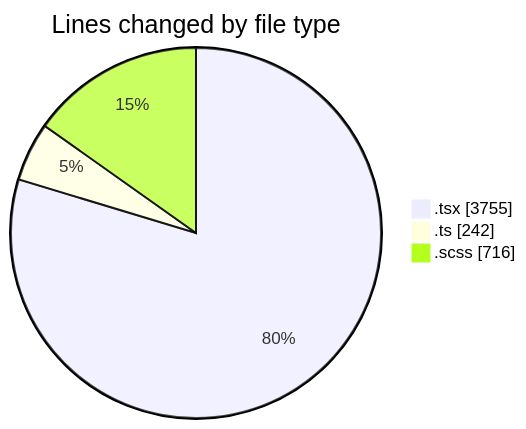
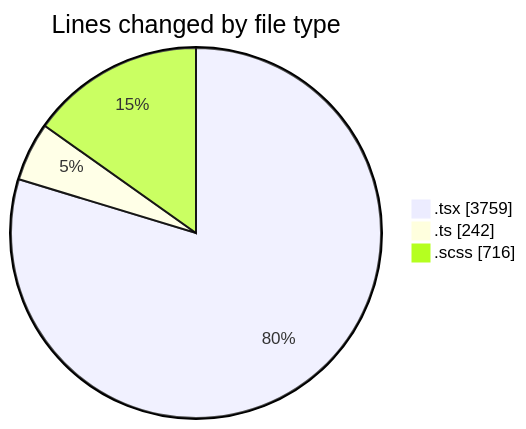
The first of 2 diagrams in 2025-09-15/cda/README.md (momahboobian/code-tracking), drawn with Mermaid before and after one commit. The commit also changed other lines of this file and 1 other file, not shown here.

````diff
--- a/2025-09-15/cda/README.md
+++ b/2025-09-15/cda/README.md
@@ -26,7 +26,7 @@
 ```mermaid
 pie showData
 title Lines changed by file type
-".tsx" : 3755
+".tsx" : 3759
 ".ts" : 242
 ".scss" : 716
 ```
````
